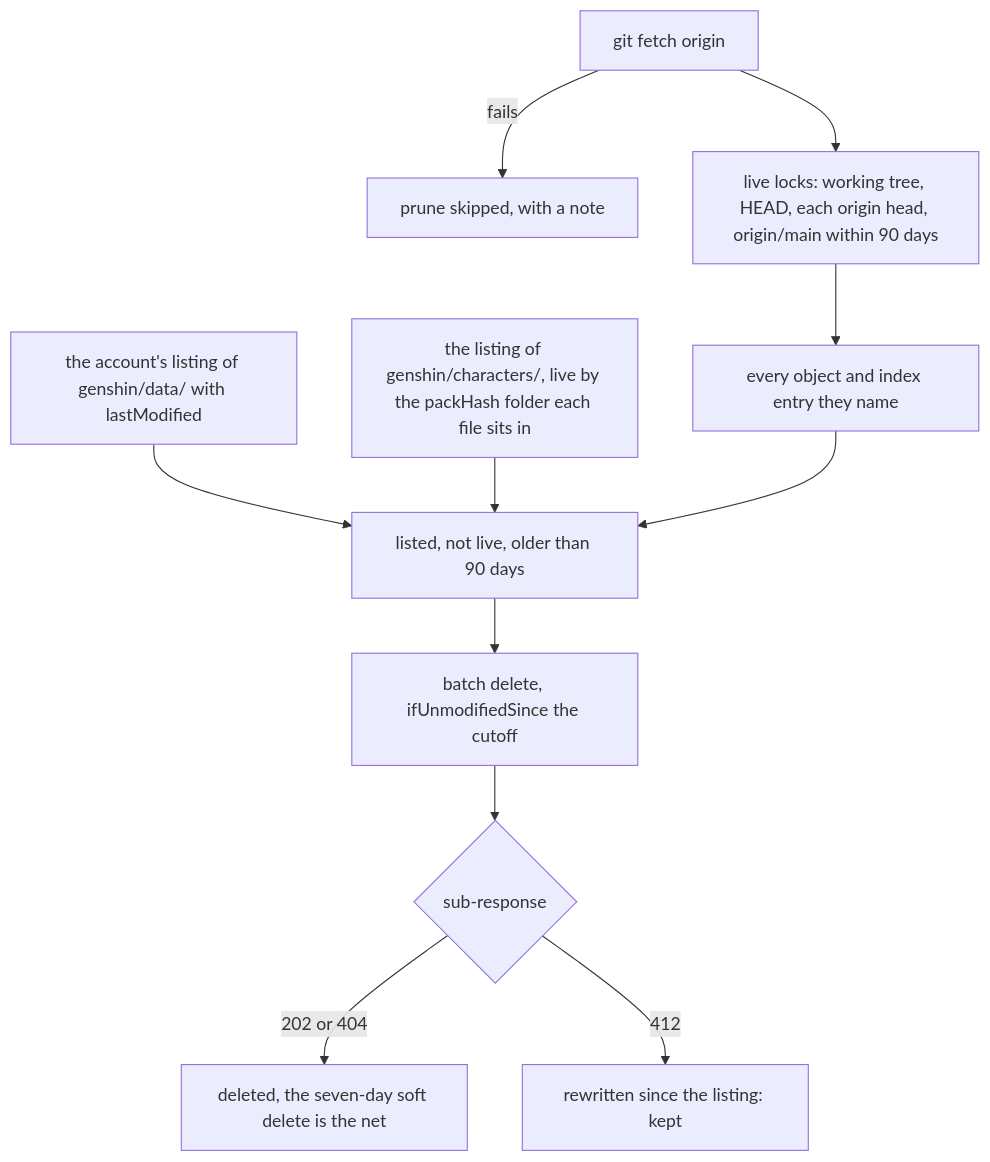
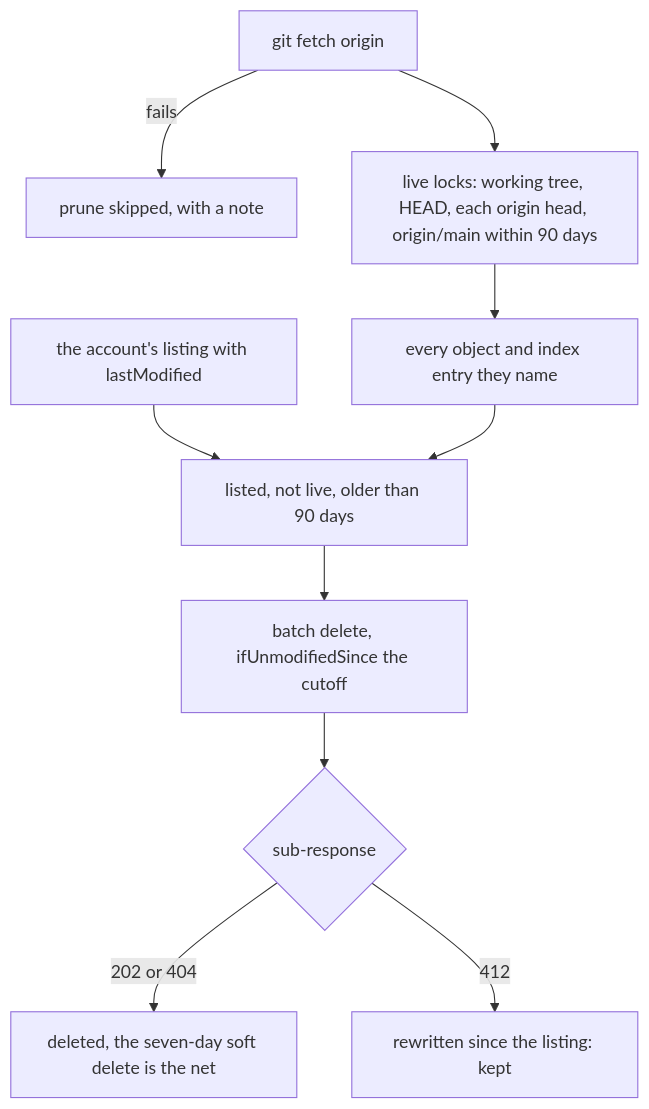
Before and after one commit to Esposter/Esposter: the third of 4 diagrams in apps/web/content/docs/genshin/hosted-game-data.md, drawn with Mermaid. The commit also changed other lines of this file and 8 other files, not shown here.

First line of the commit message:
docs(genshin): the official character packs are never hosted, since every pack's terms say 请勿二次配布, and nuxt dev serves the developer's own from disk

````diff
--- a/apps/web/content/docs/genshin/hosted-game-data.md
+++ b/apps/web/content/docs/genshin/hosted-game-data.md
@@ -54,13 +52,12 @@
 ```mermaid
 flowchart TD
   Fetch["git fetch origin"] -->|fails| Skipped["prune skipped, with a note"]
   Fetch --> Locks["live locks: working tree, HEAD, each origin head, origin/main within 90 days"]
   Locks --> Live["every object and index entry they name"]
-  Listing["the account's listing of genshin/data/ with lastModified"] --> Candidates["listed, not live, older than 90 days"]
-  Packs["the listing of genshin/characters/, live by the packHash folder each file sits in"] --> Candidates
+  Listing["the account's listing with lastModified"] --> Candidates["listed, not live, older than 90 days"]
   Live --> Candidates
   Candidates --> Delete["batch delete, ifUnmodifiedSince the cutoff"]
   Delete --> Outcome{"sub-response"}
   Outcome -->|"202 or 404"| Gone["deleted, the seven-day soft delete is the net"]
   Outcome -->|412| Kept["rewritten since the listing: kept"]
 ```
````
